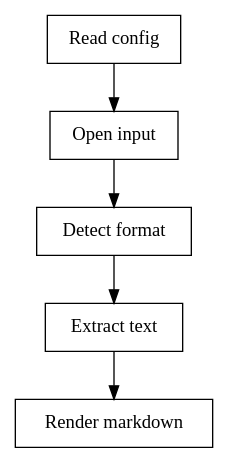
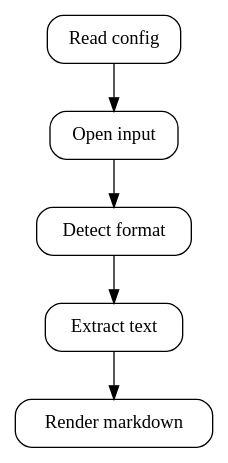
The diagram in ground_truth/dot/plantuml_activity.dot (xberg-io/test_documents), drawn with Graphviz before and after one commit. The commit also changed 40 other files, not shown here.

First line of the commit message:
feat(diagrams): add vector PDF fixtures and harden geometry variants

```diff
--- a/ground_truth/dot/plantuml_activity.dot
+++ b/ground_truth/dot/plantuml_activity.dot
@@ -1,14 +1,14 @@
 digraph plantuml_activity {
   // PlantUML draws the (*) start and end as unlabelled markers. Ground truth in this corpus
   // is keyed by label, so an unlabelled marker has no key and is not a node, and the two
   // edges joining them are not edges either. See diagrams/README.md.
-  "Read config" [shape=box];
-  "Open input" [shape=box];
-  "Detect format" [shape=box];
-  "Extract text" [shape=box];
-  "Render markdown" [shape=box];
+  "Read config" [shape=box style=rounded];
+  "Open input" [shape=box style=rounded];
+  "Detect format" [shape=box style=rounded];
+  "Extract text" [shape=box style=rounded];
+  "Render markdown" [shape=box style=rounded];
   "Read config" -> "Open input";
   "Open input" -> "Detect format";
   "Detect format" -> "Extract text";
   "Extract text" -> "Render markdown";
 }
```
